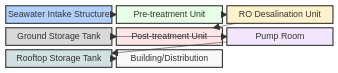
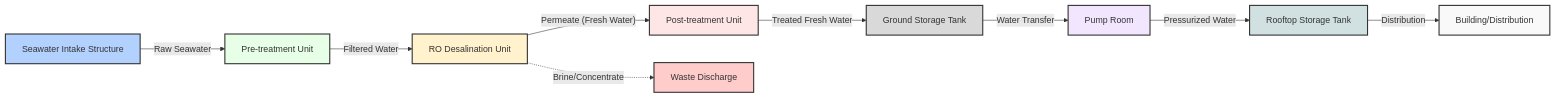
Before and after one commit to snackmasta/PDAB: the third of 5 diagrams in docs/Report/pdab-04-model.md, drawn with Mermaid. The commit also changed other lines of this file, not shown here.

Commit message:
refactor: update hardware siteplan flowchart for clarity and accuracy

````diff
--- a/docs/Report/pdab-04-model.md
+++ b/docs/Report/pdab-04-model.md
@@ -135,24 +135,23 @@
 ```mermaid
-block-beta
-  columns 3
-  SeawaterIntake["Seawater Intake Structure"] PreTreatment["Pre-treatment Unit"] ROUnit["RO Desalination Unit"]
-  GroundTank["Ground Storage Tank"] PostTreatment["Post-treatment Unit"] PumpRoom["Pump Room"]
-  RoofTank["Rooftop Storage Tank"] Building["Building/Distribution"]
-  
-  SeawaterIntake --> PreTreatment
-  PreTreatment --> ROUnit
-  ROUnit --> PostTreatment
-  PostTreatment --> GroundTank
-  GroundTank --> PumpRoom
-  PumpRoom --> RoofTank
-  RoofTank --> Building
-  
-  style SeawaterIntake fill:#b3d1ff,stroke:#333,stroke-width:2px
-  style PreTreatment fill:#e6ffe6,stroke:#333,stroke-width:2px
-  style ROUnit fill:#fff2cc,stroke:#333,stroke-width:2px
-  style PostTreatment fill:#ffe6e6,stroke:#333,stroke-width:2px
-  style GroundTank fill:#d9d9d9,stroke:#333,stroke-width:2px
-  style PumpRoom fill:#f2e6ff,stroke:#333,stroke-width:2px
-  style RoofTank fill:#d1e0e0,stroke:#333,stroke-width:2px
-  style Building fill:#f9f9f9,stroke:#333,stroke-width:2px
+flowchart LR
+    Intake["Seawater Intake Structure"] --"Raw Seawater"--> Pretreat["Pre-treatment Unit"] 
+    Pretreat --"Filtered Water"--> RO["RO Desalination Unit"]
+    RO --"Permeate (Fresh Water)"--> Post["Post-treatment Unit"]
+    Post --"Treated Fresh Water"--> Ground["Ground Storage Tank"]
+    Ground --"Water Transfer"--> Pump["Pump Room"]
+    Pump --"Pressurized Water"--> Roof["Rooftop Storage Tank"]
+    Roof --"Distribution"--> Building["Building/Distribution"]
+    
+    %% Waste streams
+    RO -.->|"Brine/Concentrate"| Waste["Waste Discharge"]
+    
+    style Intake fill:#b3d1ff,stroke:#333,stroke-width:2px
+    style Pretreat fill:#e6ffe6,stroke:#333,stroke-width:2px
+    style RO fill:#fff2cc,stroke:#333,stroke-width:2px
+    style Post fill:#ffe6e6,stroke:#333,stroke-width:2px
+    style Ground fill:#d9d9d9,stroke:#333,stroke-width:2px
+    style Pump fill:#f2e6ff,stroke:#333,stroke-width:2px
+    style Roof fill:#d1e0e0,stroke:#333,stroke-width:2px
+    style Building fill:#f9f9f9,stroke:#333,stroke-width:2px
+    style Waste fill:#ffcccc,stroke:#333,stroke-width:2px
 ```
````
